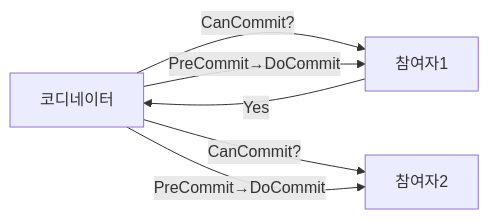
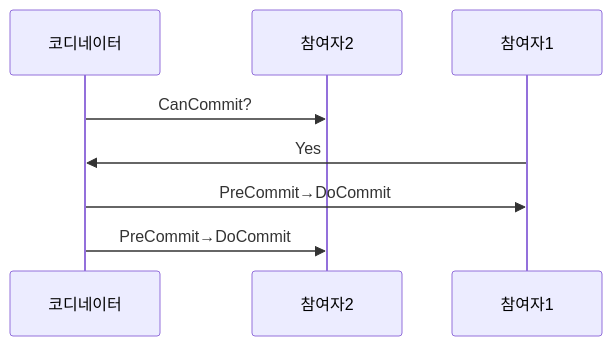
One commit to yjkim2015/yjkim2015.github.io changed the fourth of 14 diagrams in _posts/architecture/2026-05-02-distributed-transaction-deep.md. Above: the diagram before and after it, drawn with Mermaid. The commit also changed other lines of this file and 89 other files, not shown here.

First line of the commit message:
복잡한 flowchart 163개 → sequenceDiagram 변환 (90파일)

````diff
--- a/_posts/architecture/2026-05-02-distributed-transaction-deep.md
+++ b/_posts/architecture/2026-05-02-distributed-transaction-deep.md
@@ -74,8 +73,7 @@
 ```mermaid
-graph LR
-    C["코디네이터"] -->|"CanCommit?"| P1["참여자1"]
-    C -->|"CanCommit?"| P2["참여자2"]
-    P1 -->|"Yes"| C
-    C -->|"PreCommit→DoCommit"| P1
-    C -->|"PreCommit→DoCommit"| P2
+sequenceDiagram
+    코디네이터->>참여자2: CanCommit?
+    참여자1->>코디네이터: Yes
+    코디네이터->>참여자1: PreCommit→DoCommit
+    코디네이터->>참여자2: PreCommit→DoCommit
 ```
````
